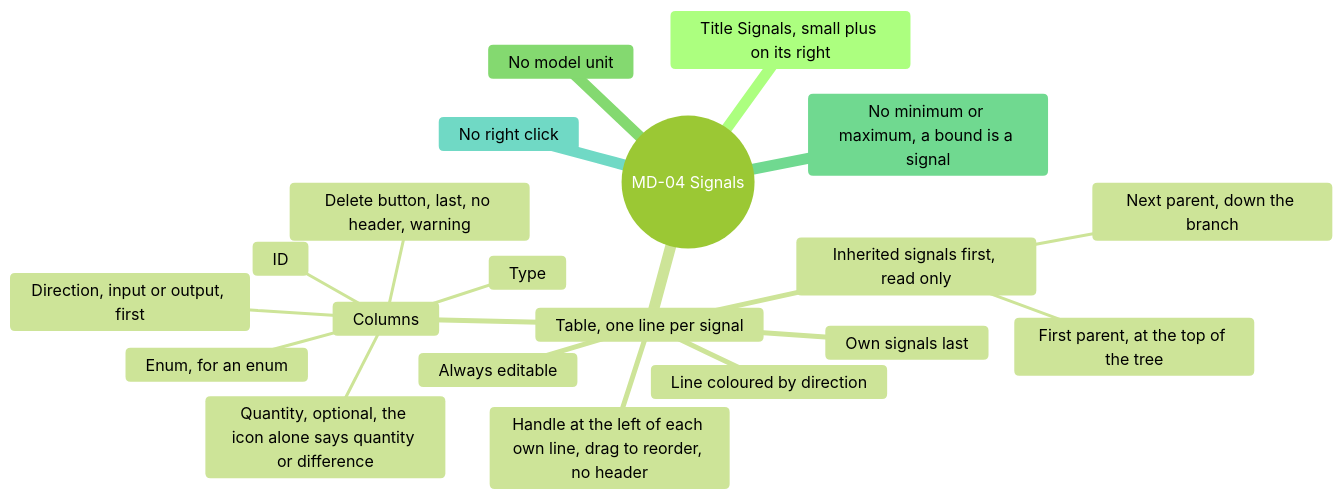
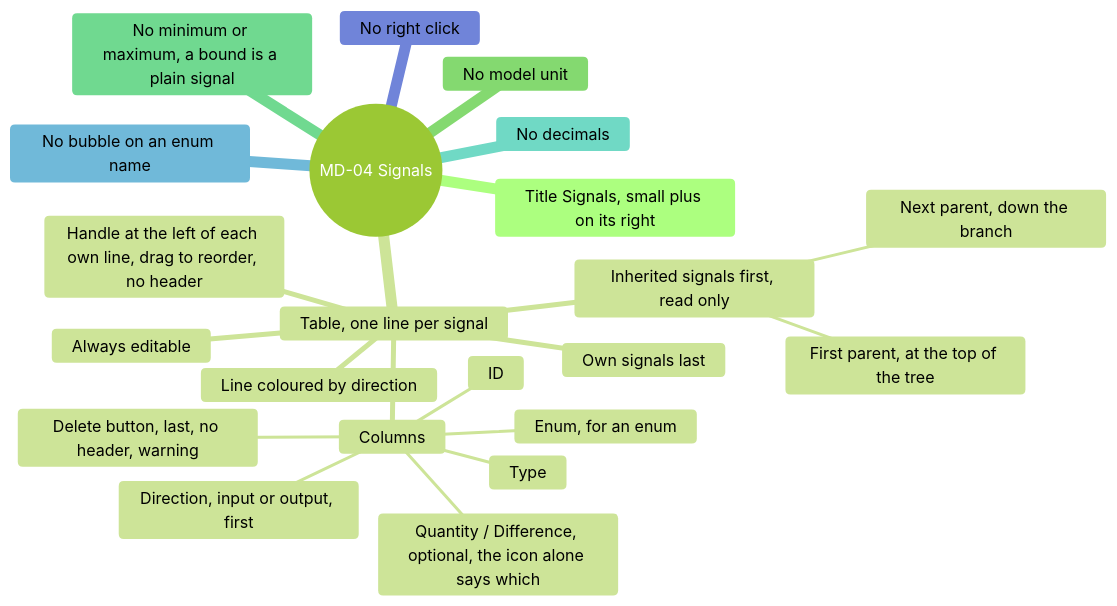
One commit to AlexandreGallais/synoptic-studio-spec changed the seventh of 16 diagrams in screens/metadata.md. Above: the diagram before and after it, drawn with Mermaid (forest theme). The commit also changed other lines of this file and 13 other files, not shown here.

````diff
--- a/screens/metadata.md
+++ b/screens/metadata.md
@@ -196,23 +197,25 @@
 ```mermaid
 mindmap
   root((MD-04 Signals))
     Title Signals, small plus on its right
     Table, one line per signal
       Inherited signals first, read only
         First parent, at the top of the tree
         Next parent, down the branch
       Own signals last
       Always editable
       Line coloured by direction
       Handle at the left of each own line, drag to reorder, no header
       Columns
         Direction, input or output, first
         ID
         Type
         Enum, for an enum
-        Quantity, optional, the icon alone says quantity or difference
+        Quantity / Difference, optional, the icon alone says which
         Delete button, last, no header, warning
     No model unit
-    No minimum or maximum, a bound is a signal
+    No minimum or maximum, a bound is a plain signal
+    No decimals
+    No bubble on an enum name
     No right click
 ```
````
